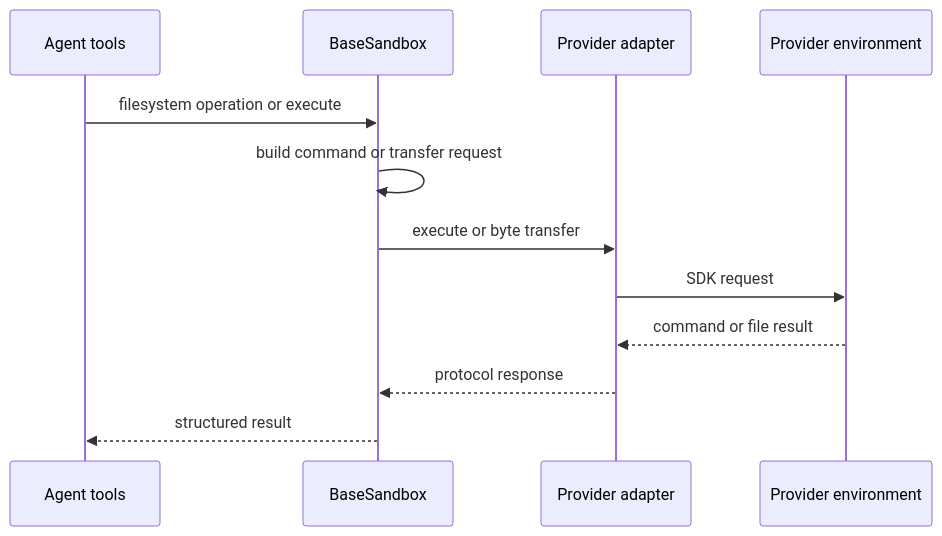
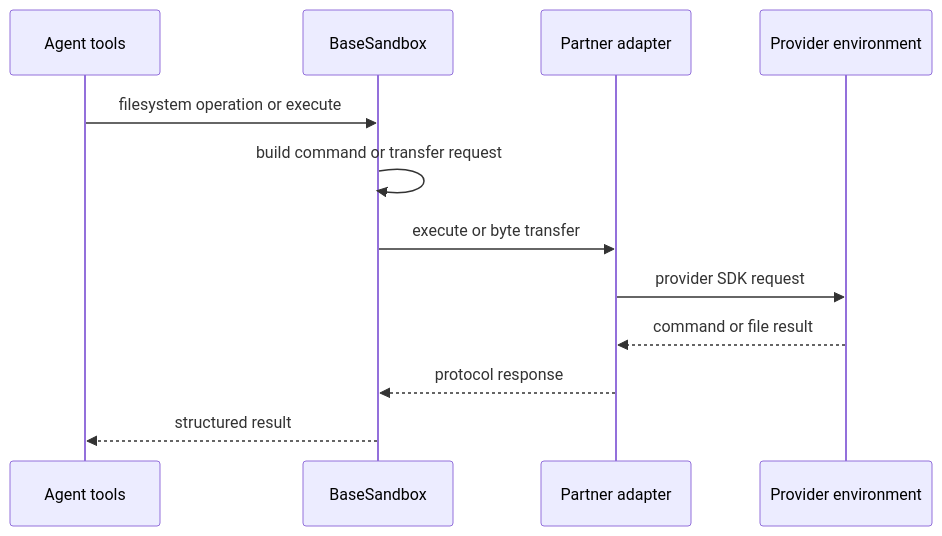
One commit to langchain-ai/deepagents changed the first of 2 diagrams in openwiki/integrations/sandbox-partners.md. Above: the diagram before and after it, drawn with Mermaid. The commit also changed other lines of this file and 55 other files, not shown here.

````diff
--- a/openwiki/integrations/sandbox-partners.md
+++ b/openwiki/integrations/sandbox-partners.md
@@ -61,15 +71,15 @@
 ```mermaid
 sequenceDiagram
     participant Agent as Agent tools
     participant Base as BaseSandbox
-    participant Adapter as Provider adapter
+    participant Adapter as Partner adapter
     participant Env as Provider environment
 
     Agent->>Base: filesystem operation or execute
     Base->>Base: build command or transfer request
     Base->>Adapter: execute or byte transfer
-    Adapter->>Env: SDK request
+    Adapter->>Env: provider SDK request
     Env-->>Adapter: command or file result
     Adapter-->>Base: protocol response
     Base-->>Agent: structured result
 ```
````
